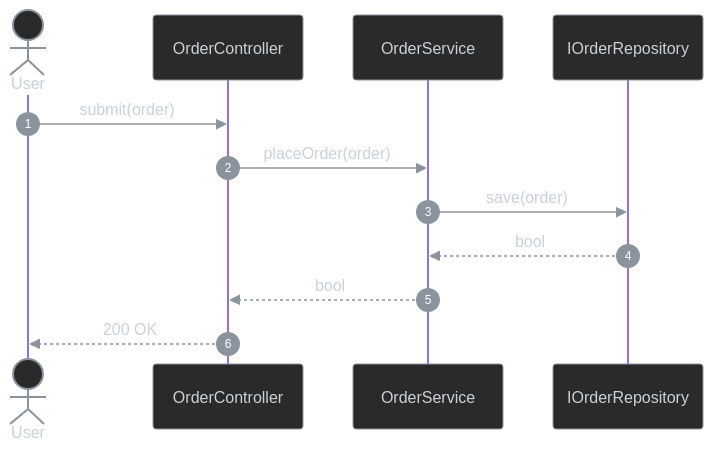
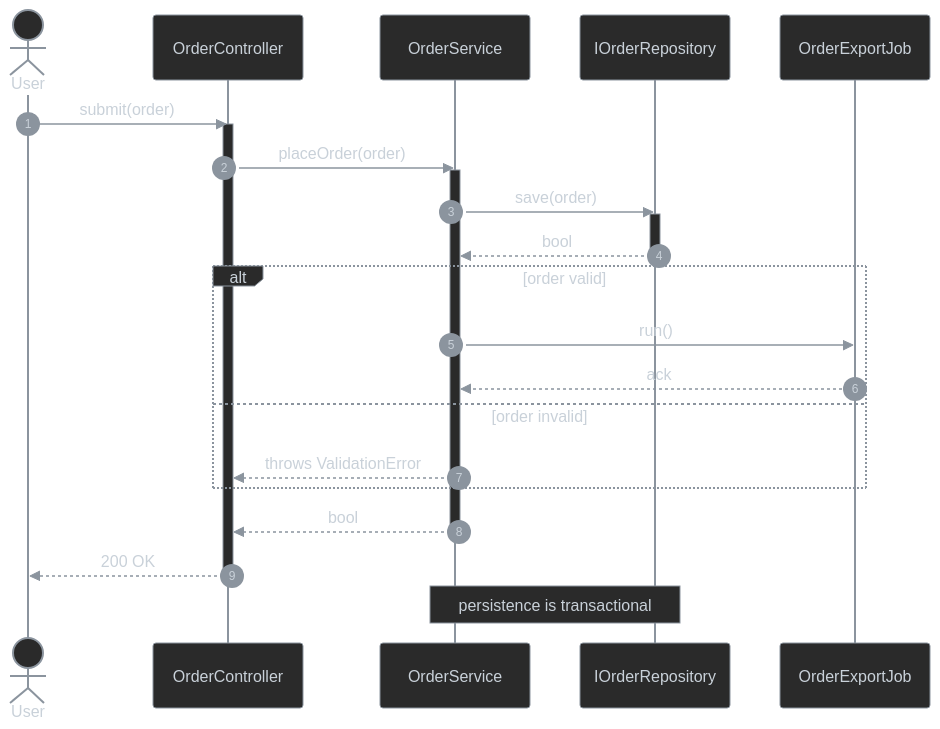
One commit to antshc/brain changed the fifth of 6 diagrams in plugins/wf/skills/behavior-diagram/README.md. Above: the diagram before and after it, drawn with Mermaid. The commit also changed other lines of this file, not shown here.

Commit message:
Preserve behavior diagram examples

````diff
--- a/plugins/wf/skills/behavior-diagram/README.md
+++ b/plugins/wf/skills/behavior-diagram/README.md
@@ -92,20 +134,40 @@
 ```mermaid
 %%{init: {'themeVariables': {
     'lineColor': '#8b949e',
-    'actorBkg': '#2a2a2a', 'actorBorder': '#8b949e', 'actorTextColor': '#c9d1d9',
-    'signalColor': '#8b949e', 'signalTextColor': '#c9d1d9'
+    'actorBkg': '#2a2a2a', 'actorBorder': '#8b949e', 'actorTextColor': '#c9d1d9', 'actorLineColor': '#8b949e',
+    'signalColor': '#8b949e', 'signalTextColor': '#c9d1d9',
+    'labelBoxBkgColor': '#2a2a2a', 'labelBoxBorderColor': '#8b949e', 'labelTextColor': '#c9d1d9',
+    'loopTextColor': '#c9d1d9',
+    'noteBkgColor': '#2a2a2a', 'noteBorderColor': '#8b949e', 'noteTextColor': '#c9d1d9',
+    'activationBorderColor': '#8b949e', 'activationBkgColor': '#2a2a2a',
+    'sequenceNumberColor': '#c9d1d9'
 }}}%%
 sequenceDiagram
     autonumber
     actor User
     participant Api as OrderController
     participant Svc as OrderService
     participant Repo as IOrderRepository
+    participant Queue as OrderExportJob
 
     User->>Api: submit(order)
+    activate Api
     Api->>Svc: placeOrder(order)
+    activate Svc
     Svc->>Repo: save(order)
+    activate Repo
     Repo-->>Svc: bool
+    deactivate Repo
+    alt order valid
+        Svc->>Queue: run()
+        Queue-->>Svc: ack
+    else order invalid
+        Svc-->>Api: throws ValidationError
+    end
     Svc-->>Api: bool
+    deactivate Svc
     Api-->>User: 200 OK
+    deactivate Api
+
+    note over Svc,Repo: persistence is transactional
 ```
````
